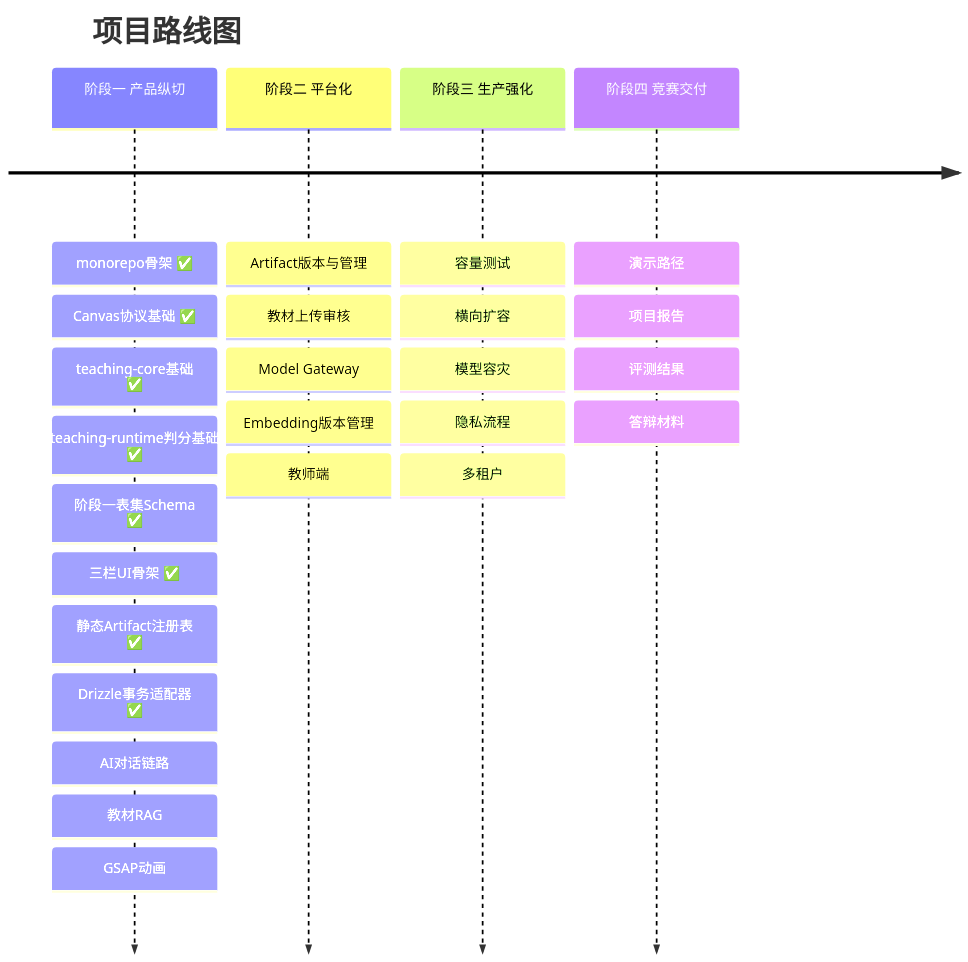
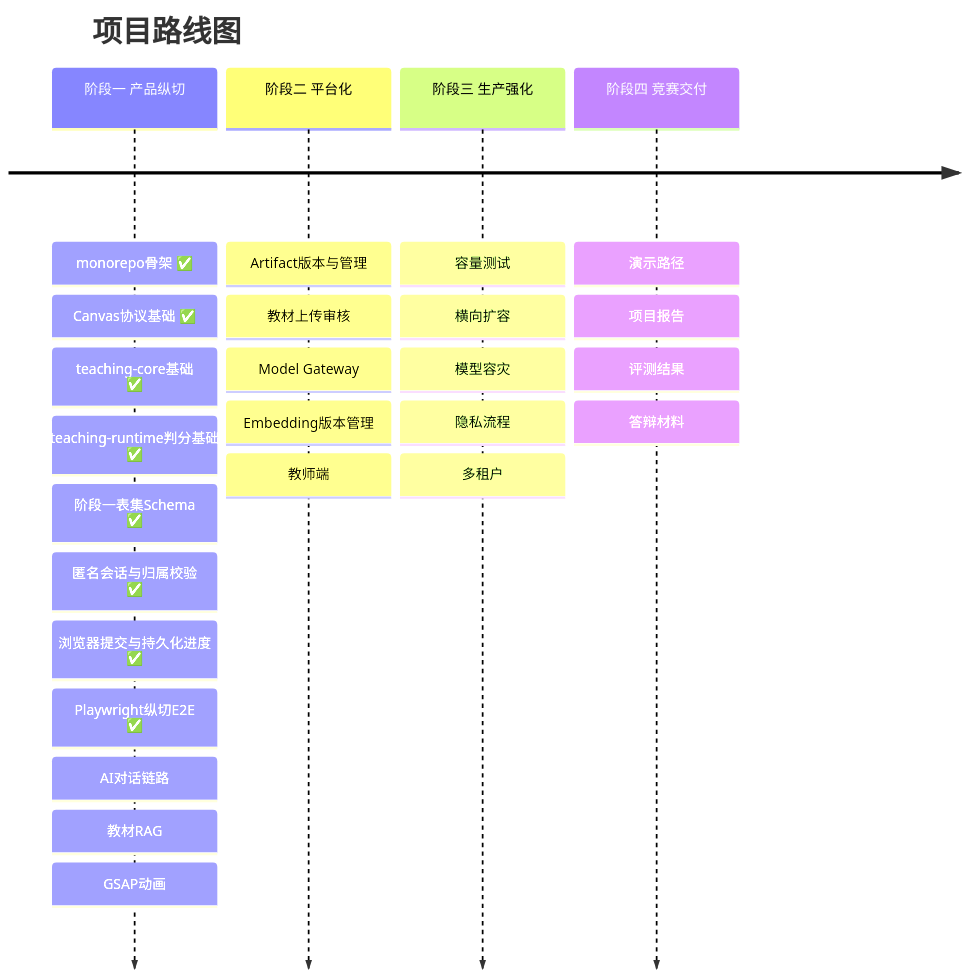
One commit to Timcai06/EduCanvas changed the seventh of 7 diagrams in README.md. Above: the diagram before and after it, drawn with Mermaid. The commit also changed other lines of this file and 34 other files, not shown here.

````diff
--- a/README.md
+++ b/README.md
@@ -289,8 +300,8 @@
 ```mermaid
 timeline
     title 项目路线图
-    阶段一 产品纵切 : monorepo骨架 ✅ : Canvas协议基础 ✅ : teaching-core基础 ✅ : teaching-runtime判分基础 ✅ : 阶段一表集Schema ✅ : 三栏UI骨架 ✅ : 静态Artifact注册表 ✅ : Drizzle事务适配器 ✅ : AI对话链路 : 教材RAG : GSAP动画
+    阶段一 产品纵切 : monorepo骨架 ✅ : Canvas协议基础 ✅ : teaching-core基础 ✅ : teaching-runtime判分基础 ✅ : 阶段一表集Schema ✅ : 匿名会话与归属校验 ✅ : 浏览器提交与持久化进度 ✅ : Playwright纵切E2E ✅ : AI对话链路 : 教材RAG : GSAP动画
     阶段二 平台化 : Artifact版本与管理 : 教材上传审核 : Model Gateway : Embedding版本管理 : 教师端
     阶段三 生产强化 : 容量测试 : 横向扩容 : 模型容灾 : 隐私流程 : 多租户
     阶段四 竞赛交付 : 演示路径 : 项目报告 : 评测结果 : 答辩材料
 ```
````
